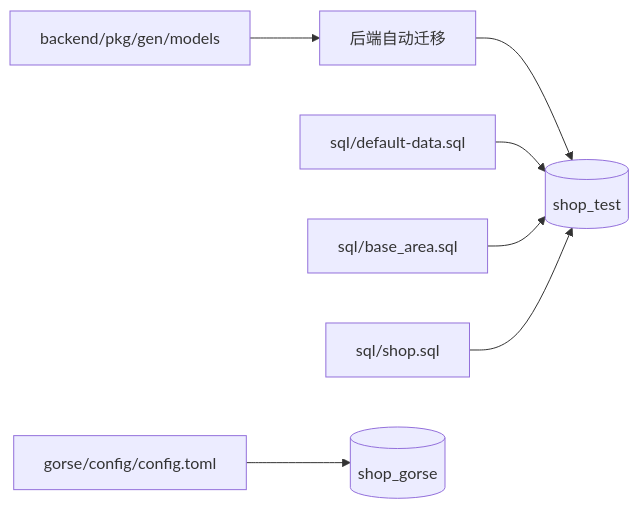
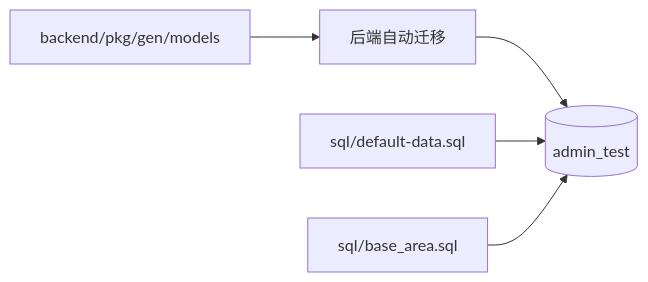
Before and after one commit to liujitcn/shop: the diagram in docs/数据库与初始化数据设计.md, drawn with Mermaid. The commit also changed other lines of this file and 872 other files, not shown here.

````diff
--- a/docs/数据库与初始化数据设计.md
+++ b/docs/数据库与初始化数据设计.md
@@ -14,8 +13,6 @@
 ```mermaid
 flowchart LR
-  Models["backend/pkg/gen/models"] --> Migrate["后端自动迁移"] --> Main[("shop_test")]
+  Models["backend/pkg/gen/models"] --> Migrate["后端自动迁移"] --> Main[("admin_test")]
   Default["sql/default-data.sql"] --> Main
   Area["sql/base_area.sql"] --> Main
-  Demo["sql/shop.sql"] --> Main
-  Gorse["gorse/config/config.toml"] --> Rec[("shop_gorse")]
 ```
````
